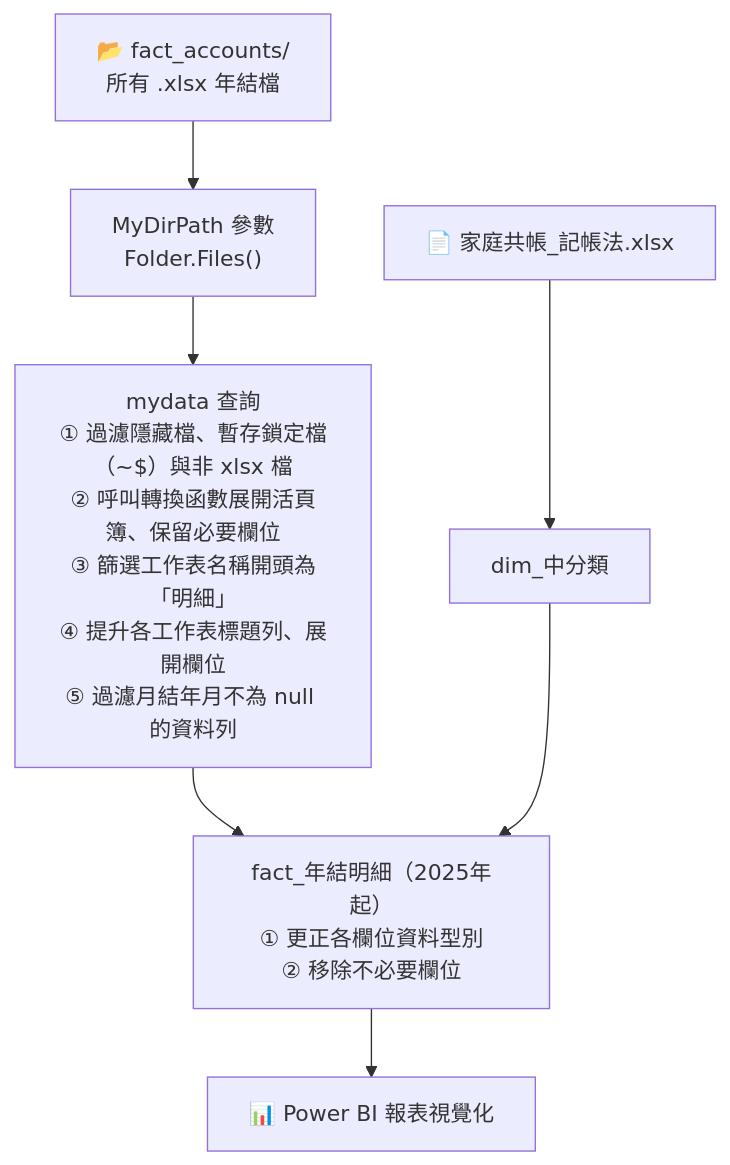
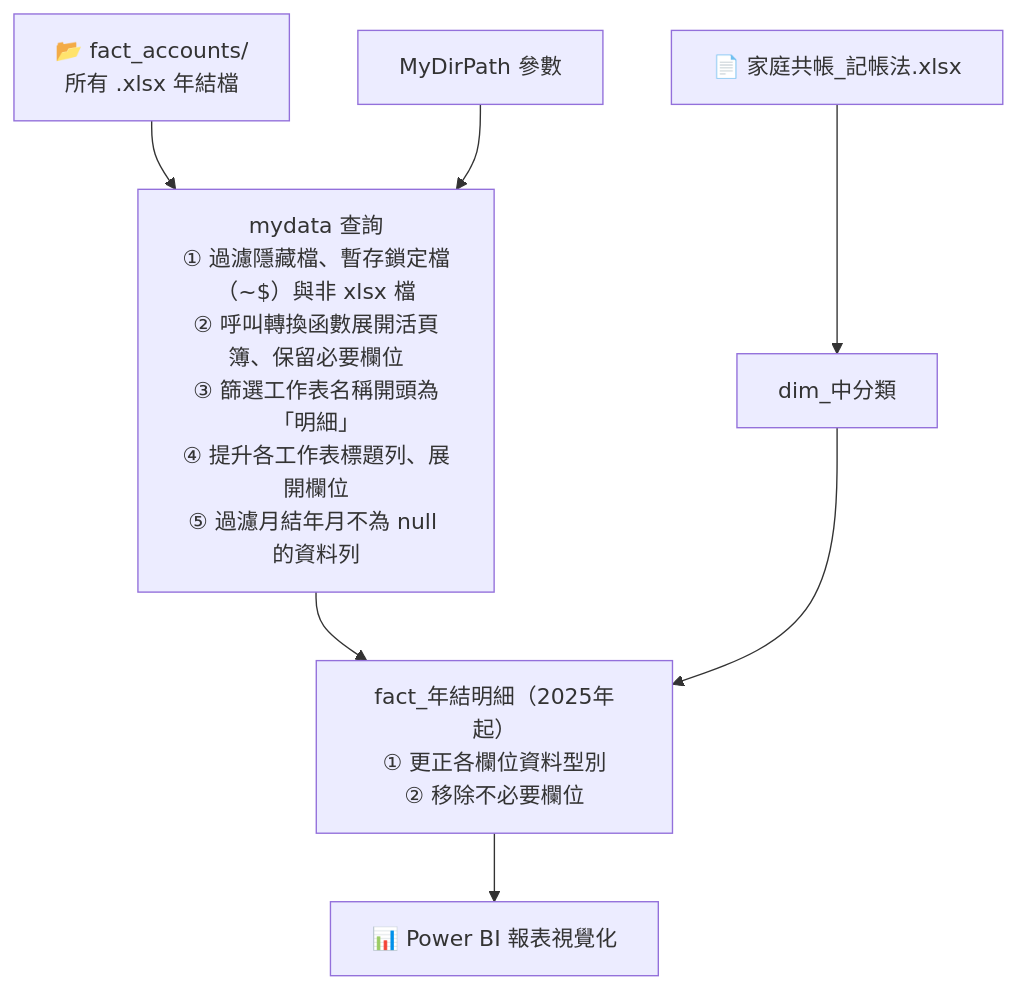
One commit to RogerRJSiao/BI changed the first of 2 diagrams in BI_design/README_finance.md. Above: the diagram before and after it, drawn with Mermaid. The commit also changed other lines of this file, not shown here.

Commit message:
docs(BI-finance): fix logical errors in ETL architecture section
移除不正確的查詢總數描述（改為「核心查詢」避免與實際不符）、
修正 flowchart 流向（fact_accounts/ 與 MyDirPath 參數各自指向
mydata 查詢，而非 fact_accounts 指向參數）、
將查詢類型「資料表」更正為「載入資料表」並補充說明。

````diff
--- a/BI_design/README_finance.md
+++ b/BI_design/README_finance.md
@@ -60,12 +60,13 @@
 ```mermaid
 flowchart TD
-    A["📂 fact_accounts/\n所有 .xlsx 年結檔"] --> B["MyDirPath 參數\nFolder.Files()"]
+    A["📂 fact_accounts/\n所有 .xlsx 年結檔"] --> M
+    B["MyDirPath 參數"] --> M
     C["📄 家庭共帳_記帳法.xlsx"] --> D["dim_中分類"]
 
-    B --> M["mydata 查詢\n① 過濾隱藏檔、暫存鎖定檔（~$）與非 xlsx 檔\n② 呼叫轉換函數展開活頁簿、保留必要欄位\n③ 篩選工作表名稱開頭為「明細」\n④ 提升各工作表標題列、展開欄位\n⑤ 過濾月結年月不為 null 的資料列"]
+    M["mydata 查詢\n① 過濾隱藏檔、暫存鎖定檔（~$）與非 xlsx 檔\n② 呼叫轉換函數展開活頁簿、保留必要欄位\n③ 篩選工作表名稱開頭為「明細」\n④ 提升各工作表標題列、展開欄位\n⑤ 過濾月結年月不為 null 的資料列"]
 
     M --> F["fact_年結明細（2025年起）\n① 更正各欄位資料型別\n② 移除不必要欄位"]
     D --> F
 
     F --> G["📊 Power BI 報表視覺化"]
 ```
````
